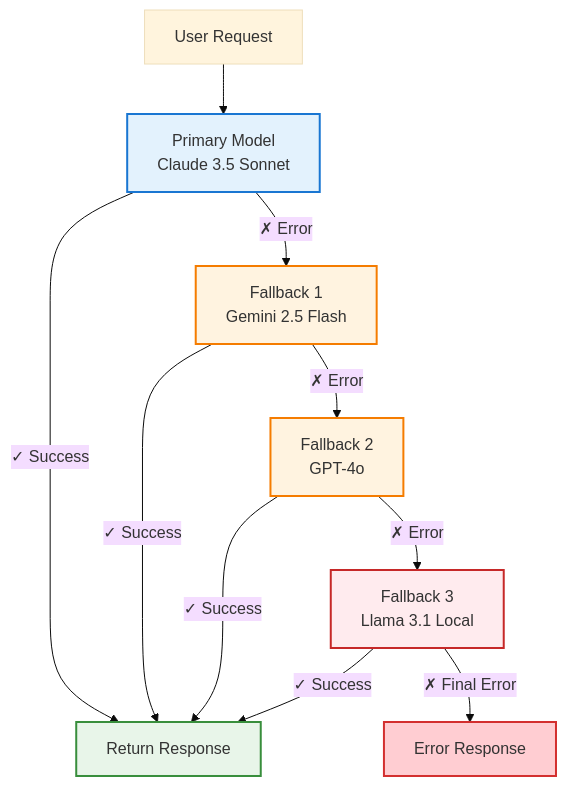
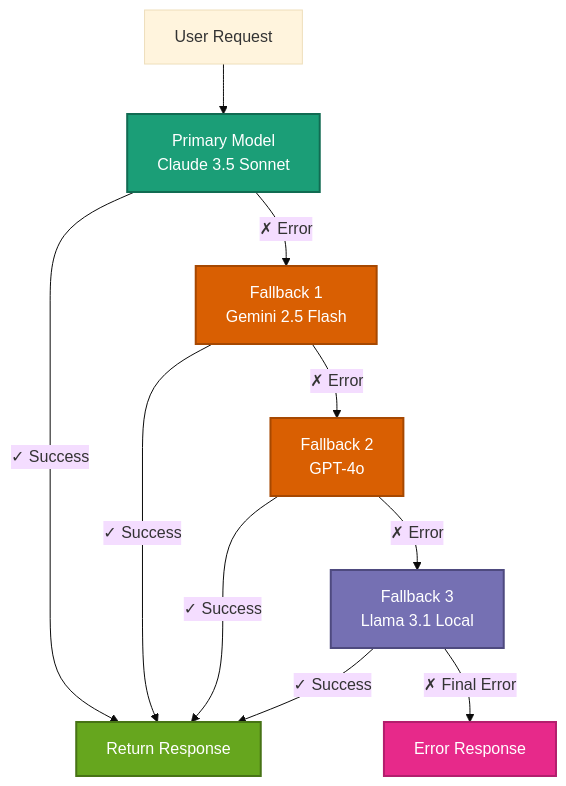
The diagram in docs/guides/multi-llm-setup.mdx (vishnu2kmohan/mcp-server-langgraph), drawn with Mermaid (base theme) before and after one commit. The commit also changed 4 other files, not shown here.

First line of the commit message:
style: update Mermaid diagrams to dark mode-friendly ColorBrewer2 palette

````diff
--- a/docs/guides/multi-llm-setup.mdx
+++ b/docs/guides/multi-llm-setup.mdx
@@ -306,23 +306,23 @@
 ```mermaid
 graph TD
     Request[User Request] --> Primary[Primary Model<br/>Claude 3.5 Sonnet]
 
     Primary -->|✓ Success| Response[Return Response]
     Primary -->|✗ Error| Fallback1[Fallback 1<br/>Gemini 2.5 Flash]
 
     Fallback1 -->|✓ Success| Response
     Fallback1 -->|✗ Error| Fallback2[Fallback 2<br/>GPT-4o]
 
     Fallback2 -->|✓ Success| Response
     Fallback2 -->|✗ Error| Fallback3[Fallback 3<br/>Llama 3.1 Local]
 
     Fallback3 -->|✓ Success| Response
     Fallback3 -->|✗ Final Error| Error[Error Response]
 
-    style Primary fill:#e3f2fd,stroke:#1976d2,stroke-width:2px
-    style Fallback1 fill:#fff3e0,stroke:#f57c00,stroke-width:2px
-    style Fallback2 fill:#fff3e0,stroke:#f57c00,stroke-width:2px
-    style Fallback3 fill:#ffebee,stroke:#c62828,stroke-width:2px
-    style Response fill:#e8f5e9,stroke:#388e3c,stroke-width:2px
-    style Error fill:#ffcdd2,stroke:#d32f2f,stroke-width:2px
+    style Primary fill:#1b9e77,stroke:#116b52,stroke-width:2px,color:#fff
+    style Fallback1 fill:#d95f02,stroke:#a64801,stroke-width:2px,color:#fff
+    style Fallback2 fill:#d95f02,stroke:#a64801,stroke-width:2px,color:#fff
+    style Fallback3 fill:#7570b3,stroke:#4e4a7f,stroke-width:2px,color:#fff
+    style Response fill:#66a61e,stroke:#477315,stroke-width:2px,color:#fff
+    style Error fill:#e7298a,stroke:#b31e6d,stroke-width:2px,color:#fff
 ```
````
